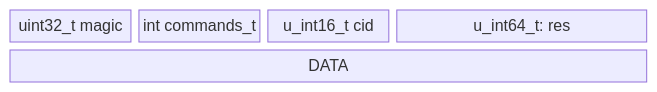
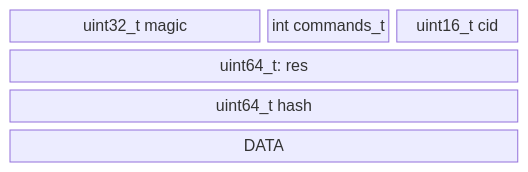
The third of 3 diagrams in Protocol.md (rawstor/rawstor_docs), drawn with Mermaid before and after one commit. The commit also changed other lines of this file, not shown here.

Commit message:
Actualize, introduce hash field (#2)

````diff
--- a/Protocol.md
+++ b/Protocol.md
@@ -43,6 +45,6 @@
 ```mermaid
 block-beta
   columns 4
-  0["uint32_t magic"]:1 a["int commands_t"]:1 aa["u_int16_t cid"]:1 c["u_int64_t: res"]:2
-  cc["DATA"]:5
+  0["uint32_t magic"]:2 a["int commands_t"]:1 aa["uint16_t cid"]:1 c["uint64_t: res"]:4 d["uint64_t hash"]:4
+  cc["DATA"]:4
 ```
````
